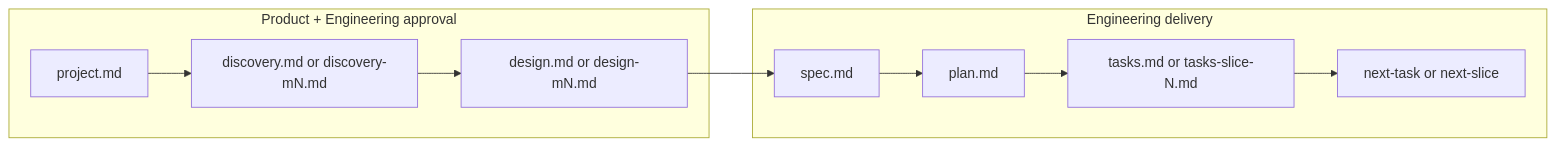
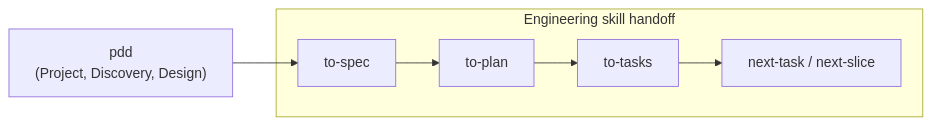
The second of 2 diagrams in README.md (Integralist/agent-skills), drawn with Mermaid before and after one commit. The commit also changed other lines of this file and 1 other file, not shown here.

First line of the commit message:
docs(workflows): distinguish skill handoffs from workflow outputs

````diff
--- a/README.md
+++ b/README.md
@@ -357,15 +355,12 @@
 ```mermaid
 flowchart LR
-    subgraph PDD[Product + Engineering approval]
-        Project[project.md] --> Discovery[discovery.md or discovery-mN.md]
-        Discovery --> Design[design.md or design-mN.md]
+    PDD["pdd<br/>(Project, Discovery, Design)"]
+
+    subgraph Delivery[Engineering skill handoff]
+        ToSpec["to-spec"] --> ToPlan["to-plan"]
+        ToPlan --> ToTasks["to-tasks"]
+        ToTasks --> Execute["next-task / next-slice"]
     end
 
-    subgraph Delivery[Engineering delivery]
-        Spec[spec.md] --> Plan[plan.md]
-        Plan --> Tasks[tasks.md or tasks-slice-N.md]
-        Tasks --> Execute[next-task or next-slice]
-    end
-
-    Design --> Spec
+    PDD --> ToSpec
 ```
````
